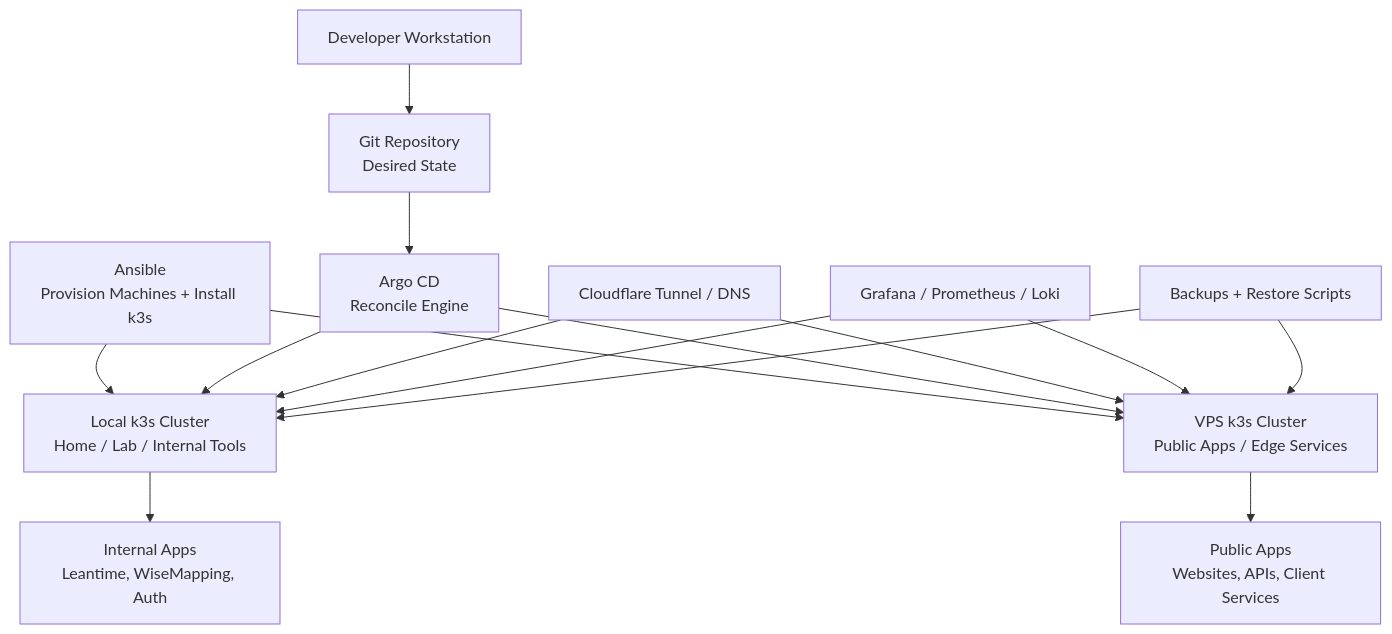
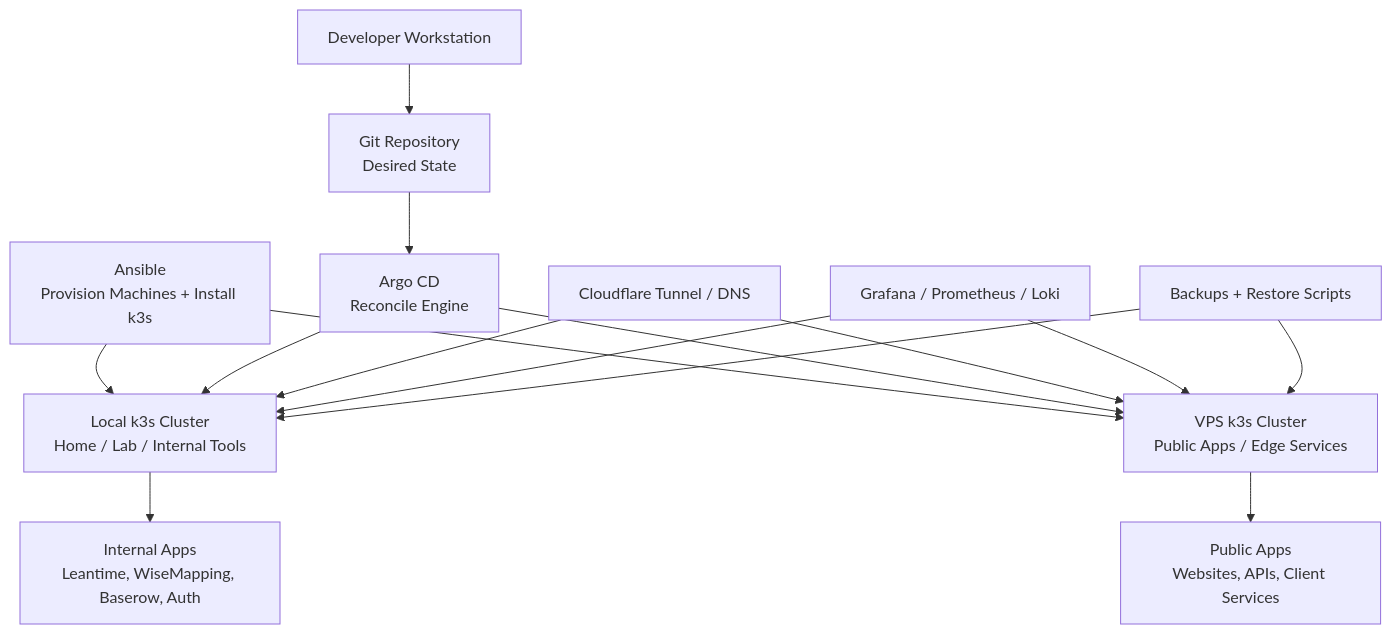
One commit to The-Keep-Studios/thekeep-platform changed the diagram in README.md. Above: the diagram before and after it, drawn with Mermaid. The commit also changed other lines of this file and 49 other files, not shown here.

````diff
--- a/README.md
+++ b/README.md
@@ -20,24 +20,24 @@
 ```mermaid
 flowchart TD
     Dev[Developer Workstation] --> Git[Git Repository<br/>Desired State]
 
     Git --> Argo[Argo CD<br/>Reconcile Engine]
 
     Ansible[Ansible<br/>Provision Machines + Install k3s] --> LocalK3s
     Ansible --> VPSK3s
 
     Argo --> LocalK3s[Local k3s Cluster<br/>Home / Lab / Internal Tools]
     Argo --> VPSK3s[VPS k3s Cluster<br/>Public Apps / Edge Services]
 
-    LocalK3s --> Apps1[Internal Apps<br/>Leantime, WiseMapping, Auth]
+    LocalK3s --> Apps1[Internal Apps<br/>Leantime, WiseMapping, Baserow, Auth]
     VPSK3s --> Apps2[Public Apps<br/>Websites, APIs, Client Services]
 
     Cloudflare[Cloudflare Tunnel / DNS] --> LocalK3s
     Cloudflare --> VPSK3s
 
     Monitoring[Grafana / Prometheus / Loki] --> LocalK3s
     Monitoring --> VPSK3s
 
     Backups[Backups + Restore Scripts] --> LocalK3s
     Backups --> VPSK3s
 ```
````
